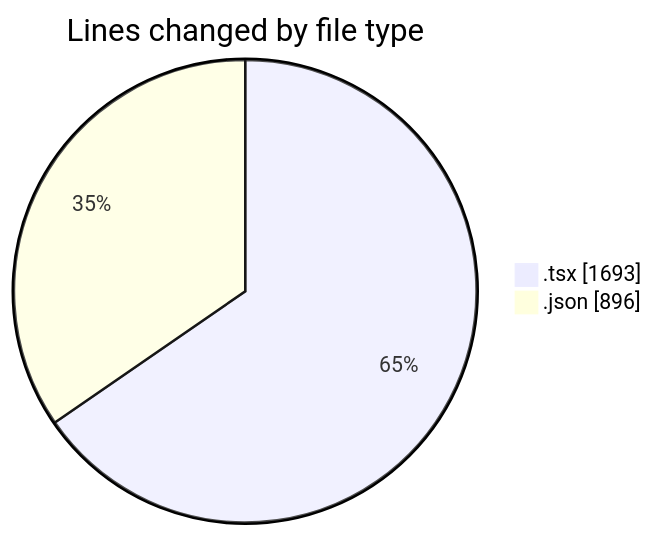
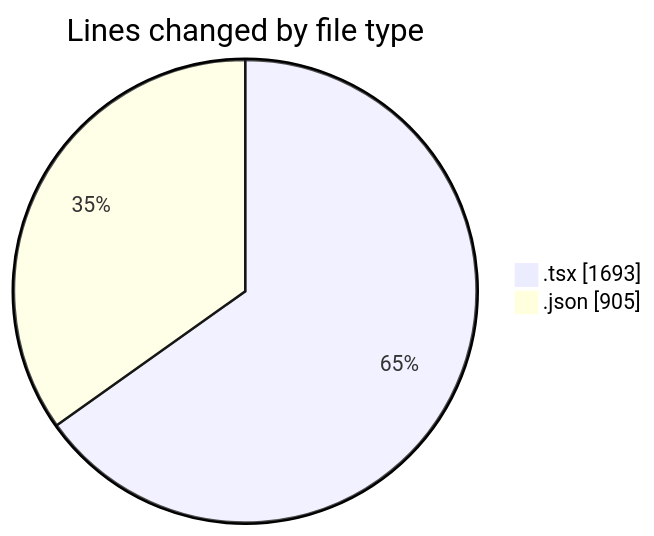
The first of 2 diagrams in 2025-08-13/ribbon/README.md (EIIisD/code-tracking), drawn with Mermaid before and after one commit. The commit also changed other lines of this file and 1 other file, not shown here.

````diff
--- a/2025-08-13/ribbon/README.md
+++ b/2025-08-13/ribbon/README.md
@@ -29,6 +29,6 @@
 ```mermaid
 pie showData
 title Lines changed by file type
 ".tsx" : 1693
-".json" : 896
+".json" : 905
 ```
````
